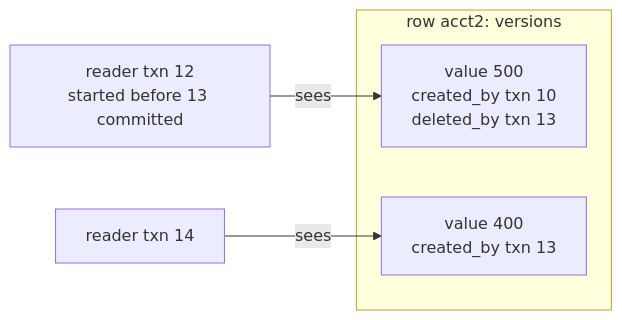
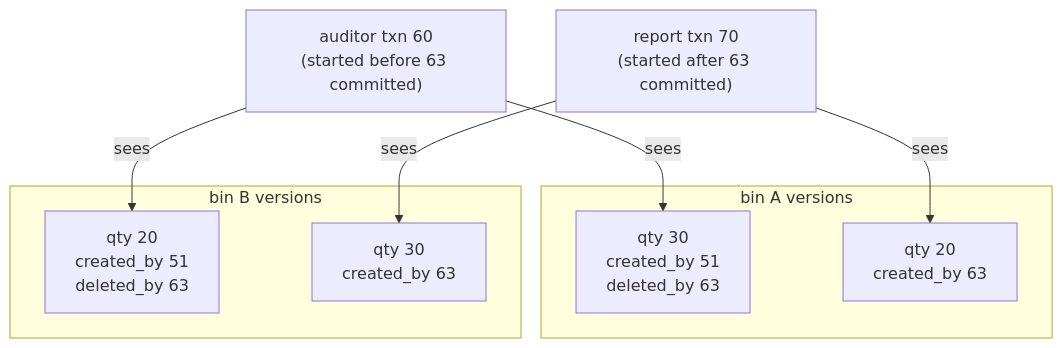
One commit to pratikguru998/ddia-book changed diagram 13 of 32 in docs/chapters/part-2/07-transactions.mdx. Above: the diagram before and after it, drawn with Mermaid. The commit also changed other lines of this file and 13 other files, not shown here.

Commit message:
Expand all 12 chapters: every book subsection, deeper notes, ~320 diagrams

````diff
--- a/docs/chapters/part-2/07-transactions.mdx
+++ b/docs/chapters/part-2/07-transactions.mdx
@@ -103,9 +429,15 @@
 ```mermaid
-flowchart LR
-  subgraph ROW["row acct2: versions"]
-    V1["value 500<br/>created_by txn 10<br/>deleted_by txn 13"]
-    V2["value 400<br/>created_by txn 13"]
+flowchart TB
+  subgraph BA["bin A versions"]
+    A1["qty 30<br/>created_by 51<br/>deleted_by 63"]
+    A2["qty 20<br/>created_by 63"]
   end
-  R["reader txn 12<br/>started before 13 committed"] -->|"sees"| V1
-  R2["reader txn 14"] -->|"sees"| V2
+  subgraph BB["bin B versions"]
+    B1["qty 20<br/>created_by 51<br/>deleted_by 63"]
+    B2["qty 30<br/>created_by 63"]
+  end
+  AUD["auditor txn 60<br/>(started before 63 committed)"] -->|"sees"| A1
+  AUD -->|"sees"| B1
+  NEWR["report txn 70<br/>(started after 63 committed)"] -->|"sees"| A2
+  NEWR -->|"sees"| B2
 ```
````
